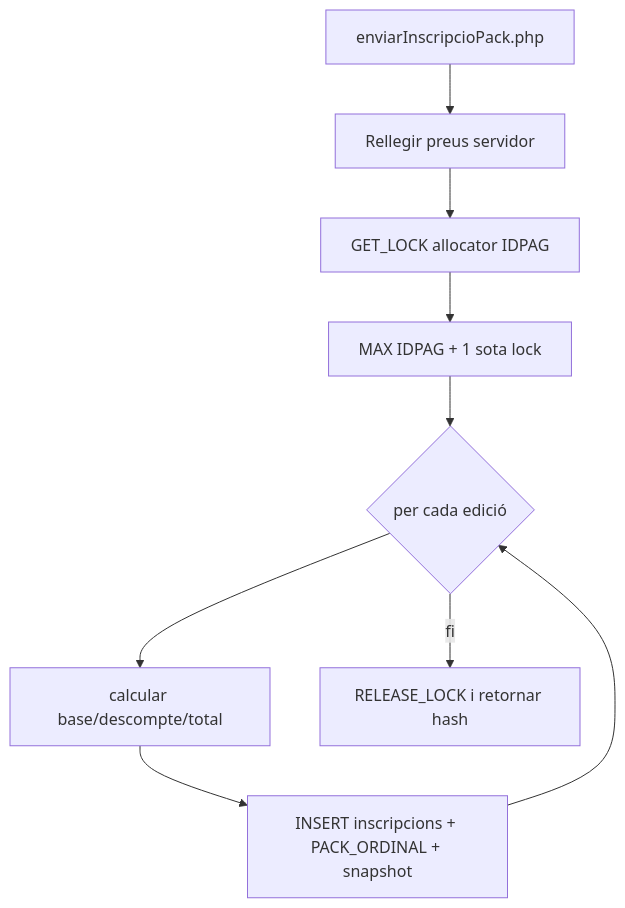
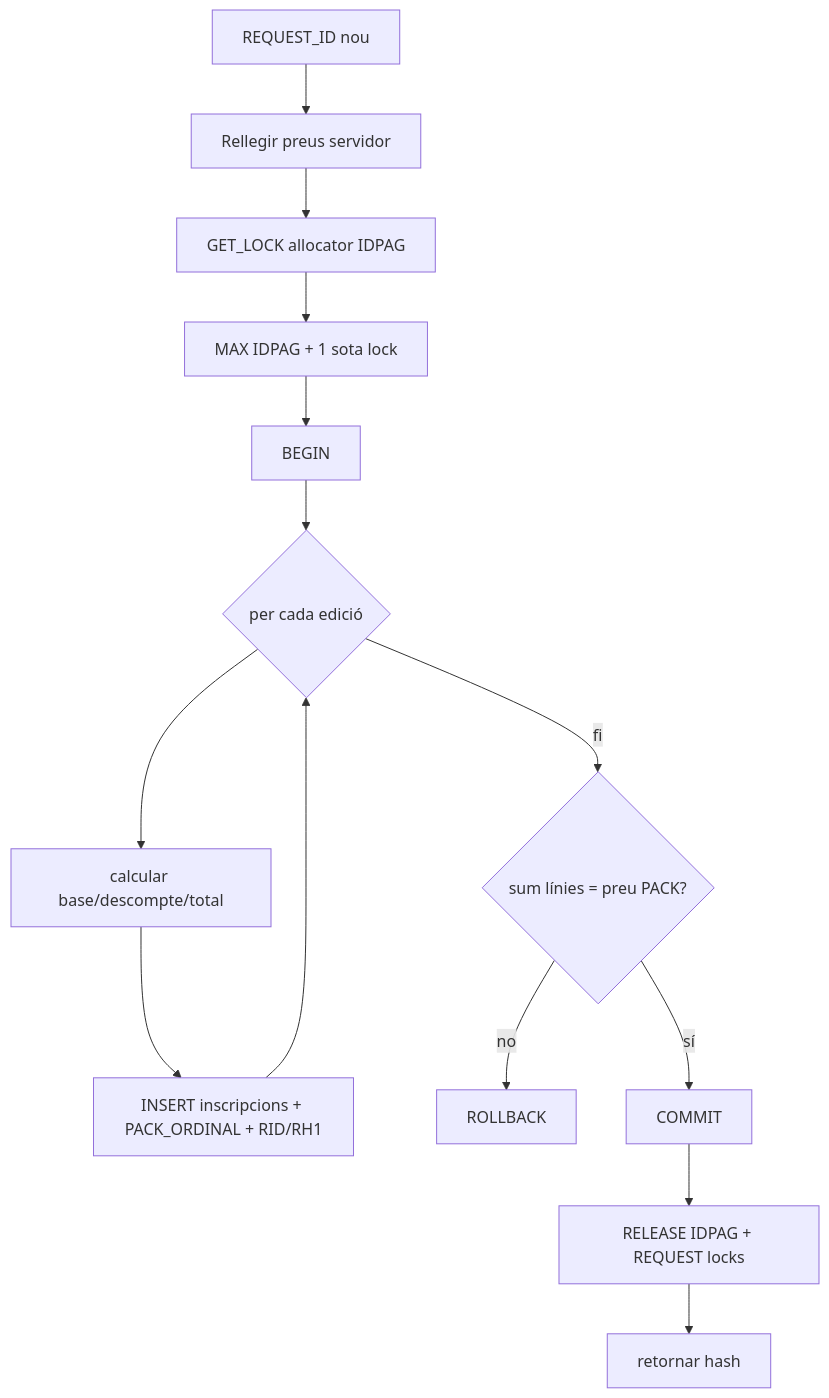
Before and after one commit to orgmeriemprismacat-del/verifactu: the seventh of 20 diagrams in documentacio/07-uml-integrat/uc-015-activitats-pagines-pack-actual-final.md, drawn with Mermaid. The commit also changed other lines of this file, not shown here.

````diff
--- a/documentacio/07-uml-integrat/uc-015-activitats-pagines-pack-actual-final.md
+++ b/documentacio/07-uml-integrat/uc-015-activitats-pagines-pack-actual-final.md
@@ -100,11 +105,16 @@
 ```mermaid
 flowchart TD
-A[enviarInscripcioPack.php] --> B[Rellegir preus servidor]
+A[REQUEST_ID nou] --> B[Rellegir preus servidor]
 B --> C[GET_LOCK allocator IDPAG]
 C --> D[MAX IDPAG + 1 sota lock]
-D --> E{per cada edició}
-E --> F[calcular base/descompte/total]
-F --> G[INSERT inscripcions + PACK_ORDINAL + snapshot]
-G --> E
-E -->|fi| H[RELEASE_LOCK i retornar hash]
+D --> E[BEGIN]
+E --> F{per cada edició}
+F --> G[calcular base/descompte/total]
+G --> H[INSERT inscripcions + PACK_ORDINAL + RID/RH1]
+H --> F
+F -->|fi| I{sum línies = preu PACK?}
+I -- no --> J[ROLLBACK]
+I -- sí --> K[COMMIT]
+K --> L[RELEASE IDPAG + REQUEST locks]
+L --> M[retornar hash]
 ```
````
